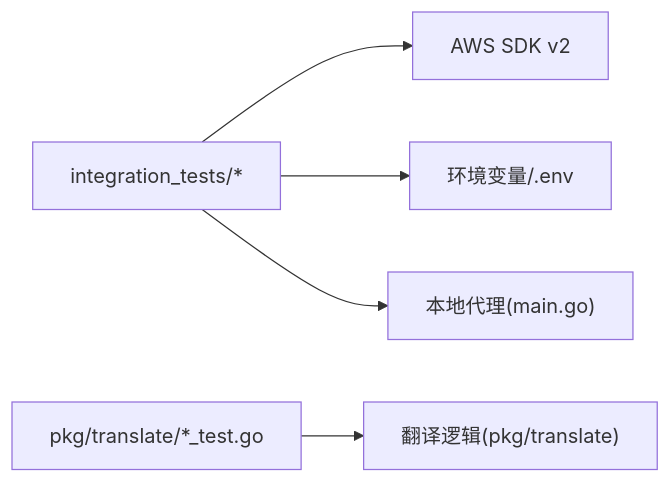
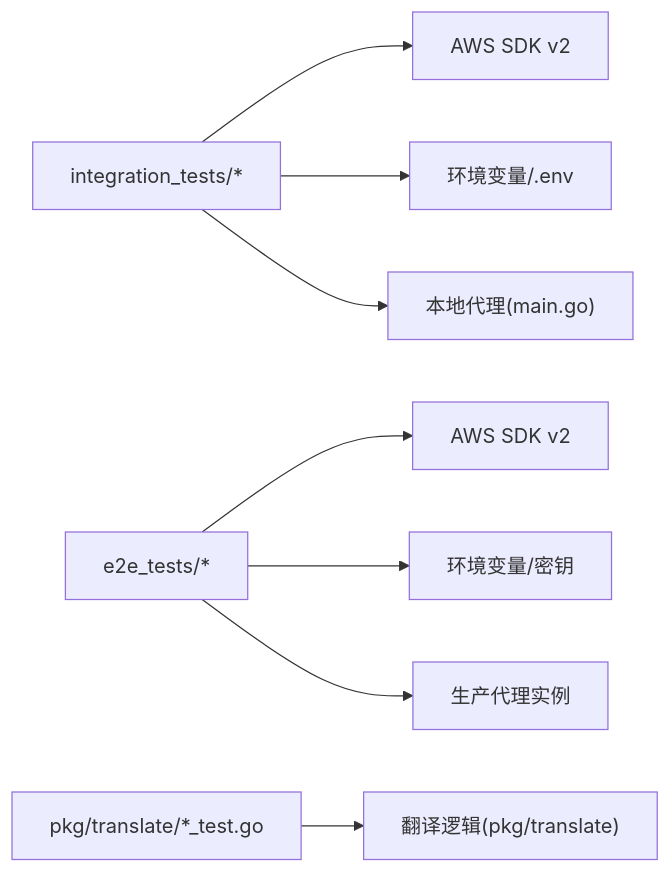
One commit to flying1574/S3Proxy4GCS changed the eighth of 8 diagrams in .qoder/repowiki/zh/content/测试策略/测试策略.md. Above: the diagram before and after it, drawn with Mermaid. The commit also changed other lines of this file and 6 other files, not shown here.

````diff
--- a/.qoder/repowiki/zh/content/测试策略/测试策略.md
+++ b/.qoder/repowiki/zh/content/测试策略/测试策略.md
@@ -287,7 +392,10 @@
 ```mermaid
 graph LR
 IT["integration_tests/*"] --> AWS["AWS SDK v2"]
 IT --> ENV["环境变量/.env"]
 IT --> PROXY["本地代理(main.go)"]
+E2E["e2e_tests/*"] --> AWS2["AWS SDK v2"]
+E2E --> ENV2["环境变量/密钥"]
+E2E --> LIVEPROXY["生产代理实例"]
 UNIT["pkg/translate/*_test.go"] --> CORE["翻译逻辑(pkg/translate)"]
 ```
````
